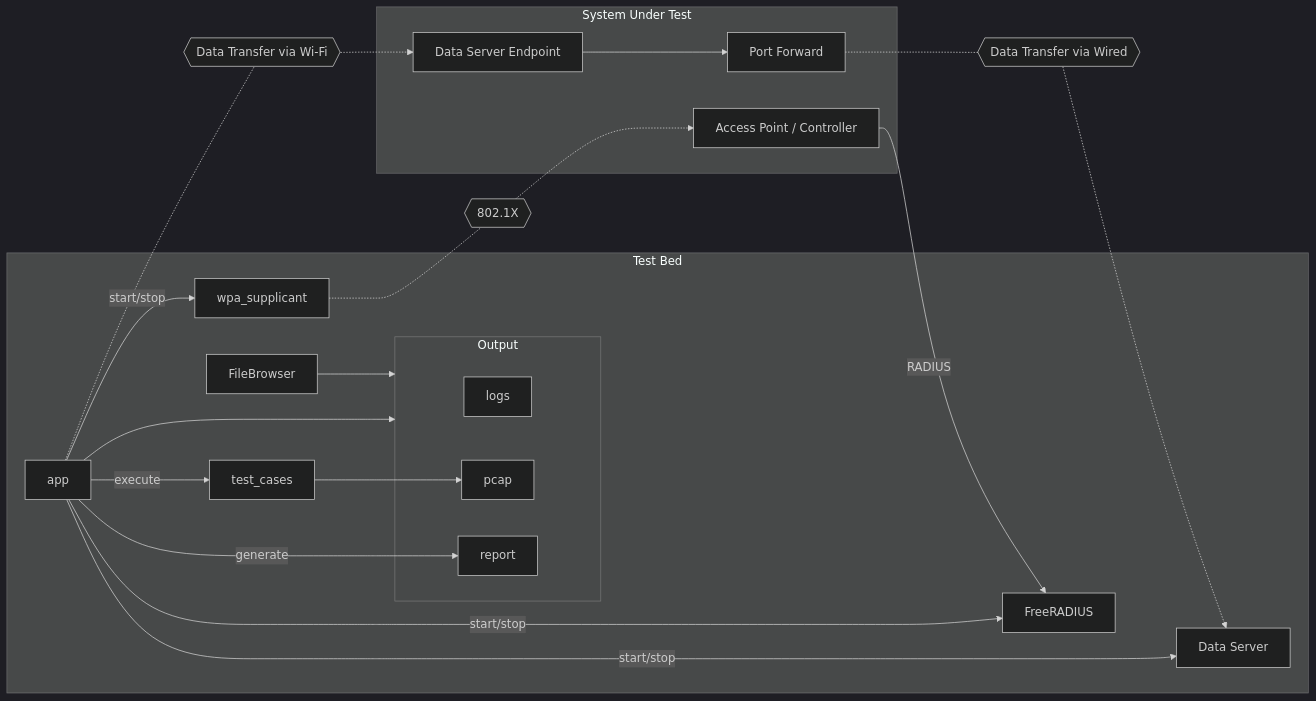
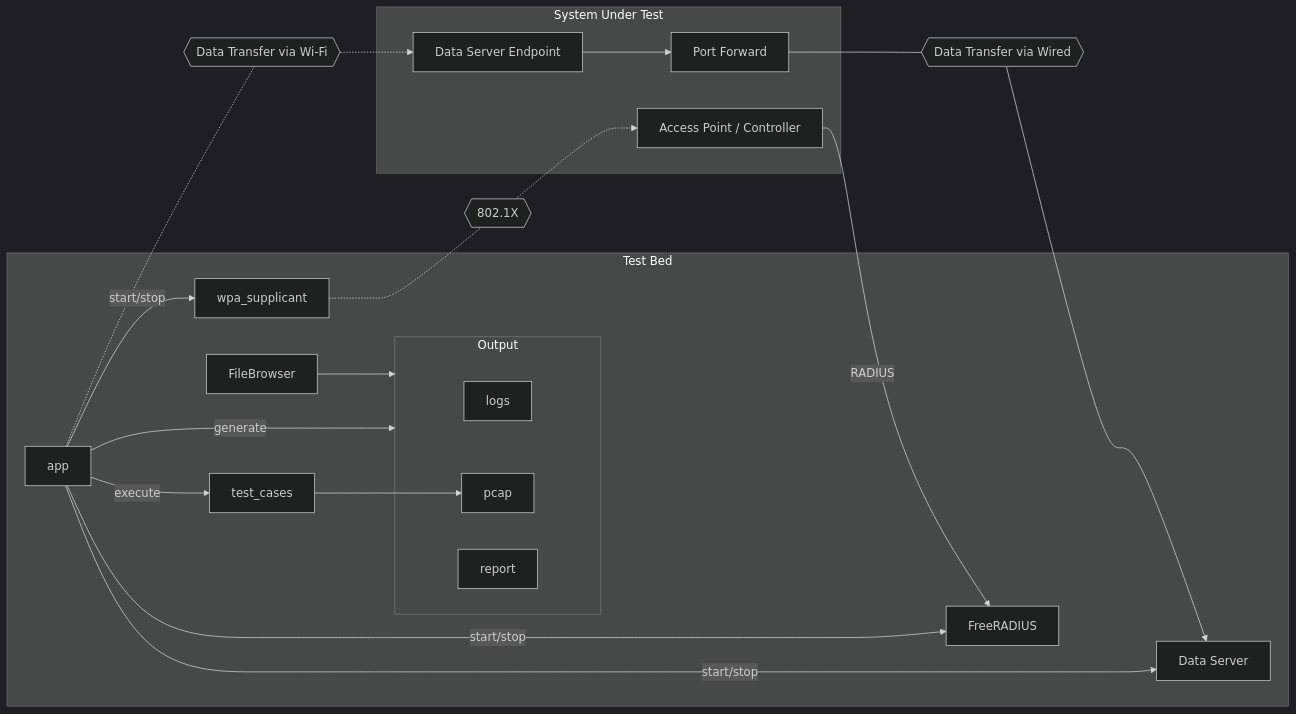
One commit to wireless-broadband-alliance/radius-accounting-testbed changed the second of 2 diagrams in README.md. Above: the diagram before and after it, drawn with Mermaid (dark theme).

````diff
--- a/README.md
+++ b/README.md
@@ -147,29 +147,28 @@
 ```mermaid
 flowchart LR
     subgraph output [Output]
         logs
         pcap
         report
     end
     subgraph testbed [Test Bed]
         app[app]--start/stop-->wpa_supplicant
-        app-->output
+        app--generate-->output
         app--start/stop-->FreeRADIUS
         app--start/stop-->DataServer[Data Server]
         app--execute-->test_cases
-        app--generate-->report
         test_cases-->pcap
         filebrowser[FileBrowser] --> output
     end
     subgraph sut [System Under Test]
     ap[Access Point / Controller]
     dse[Data Server Endpoint]
     dsepf[Port Forward]
     dse --> dsepf
     end
     wpa_supplicant-.-dot1x{{802.1X}}-.->ap
     app-.-dtw{{Data Transfer via Wi-Fi}}-.->dse
-    dsepf-.-dt{{Data Transfer via Wired}}-.->DataServer
+    dsepf---dt{{Data Transfer via Wired}}--->DataServer
     ap--RADIUS-->FreeRADIUS
 
 ```
````
